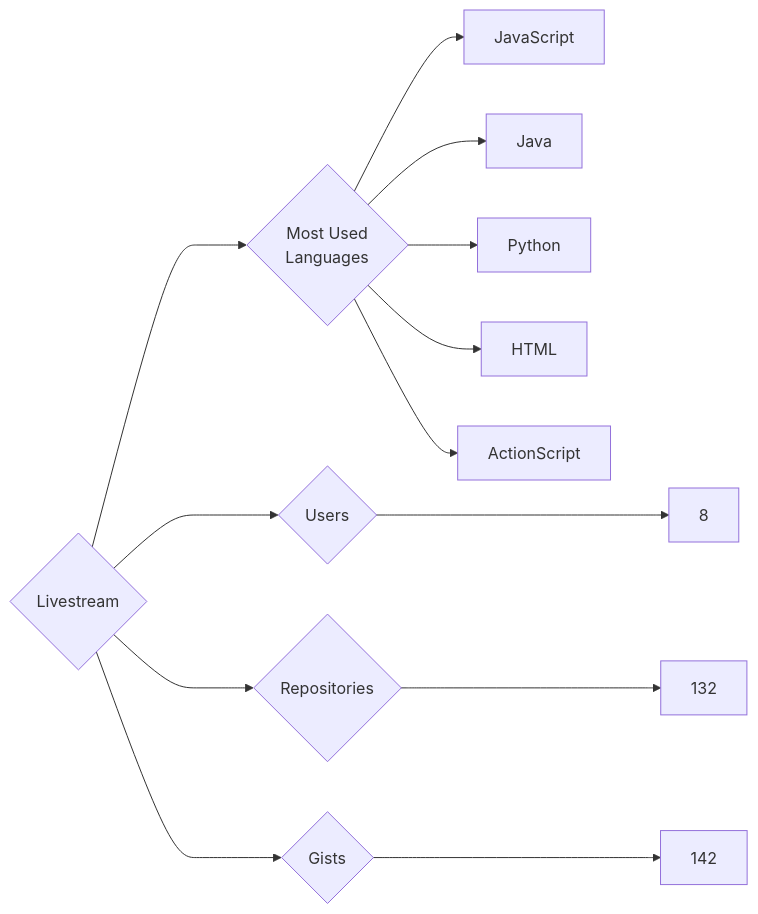
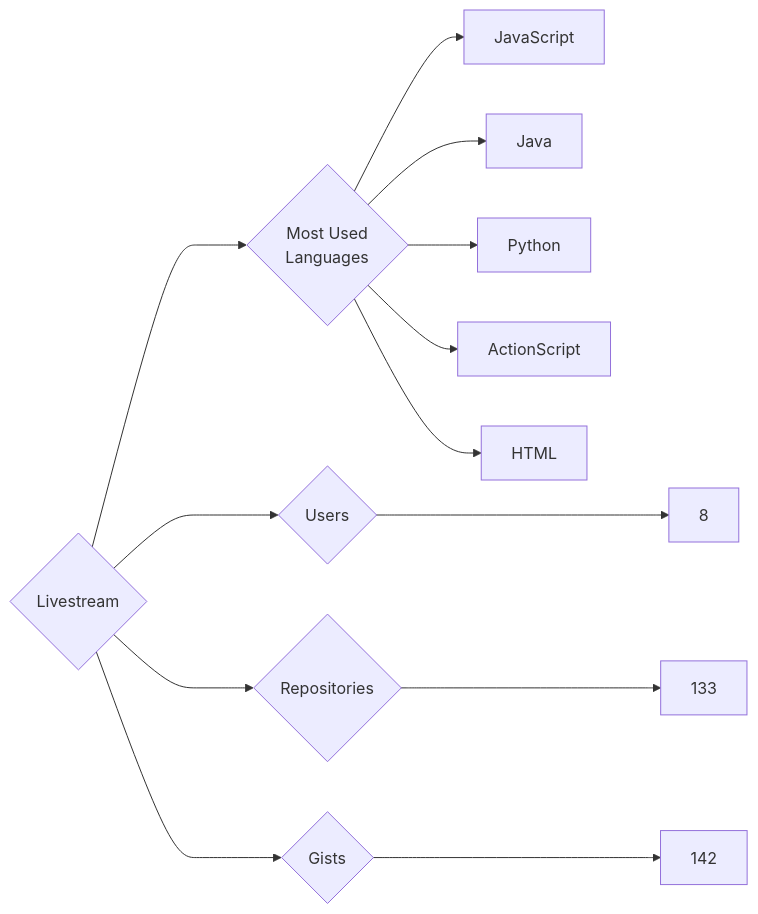
Before and after one commit to trickest/insiders: the diagram in targets/Livestream/README.md, drawn with Mermaid. The commit also changed 748 other files, not shown here.

````diff
--- a/targets/Livestream/README.md
+++ b/targets/Livestream/README.md
@@ -3,13 +3,13 @@
 ```mermaid
 graph LR
 COMPANY_NAME{Livestream}
 COMPANY_NAME ---> U{Users} ---> UN[8]
-COMPANY_NAME ---> R{Repositories} ---> RN[132]
+COMPANY_NAME ---> R{Repositories} ---> RN[133]
 COMPANY_NAME ---> G{Gists} ---> GN[142]
 COMPANY_NAME ---> ML{Most Used<br>Languages}
 ML --> JavaScript[JavaScript]
 ML --> Java[Java]
 ML --> Python[Python]
+ML --> ActionScript[ActionScript]
 ML --> HTML[HTML]
-ML --> ActionScript[ActionScript]
 ```
````
